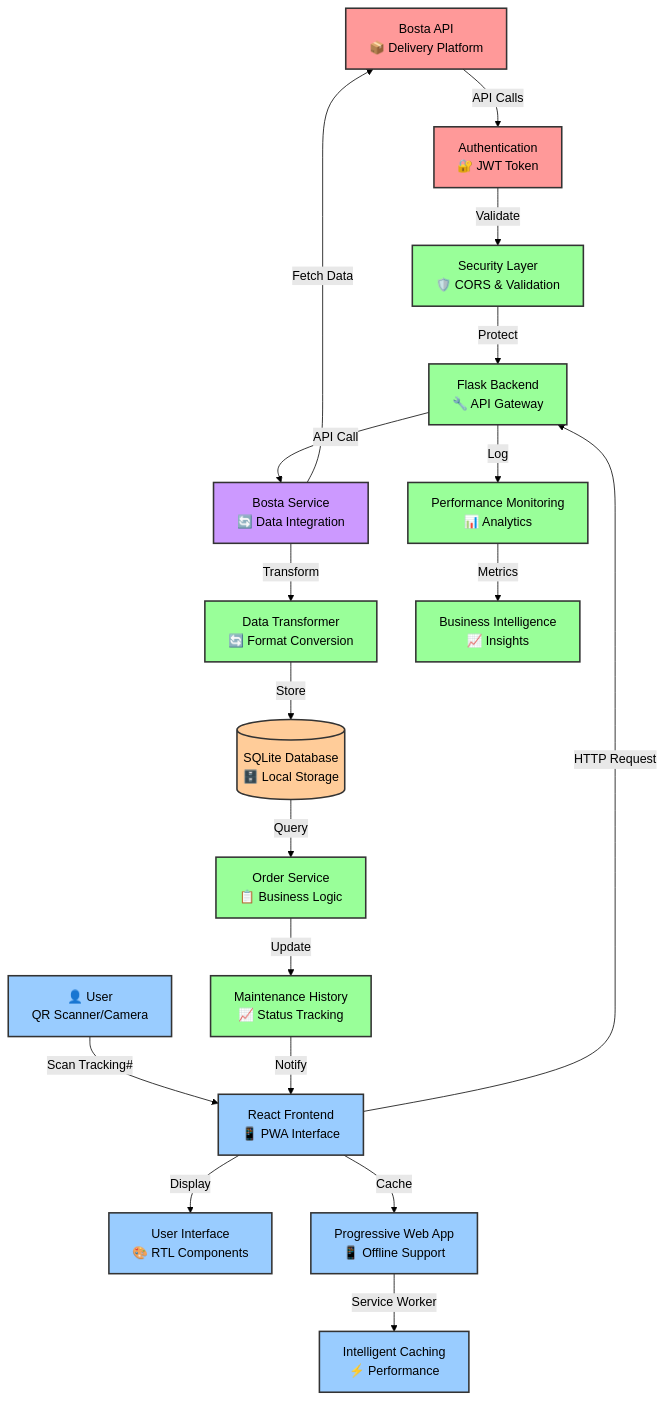
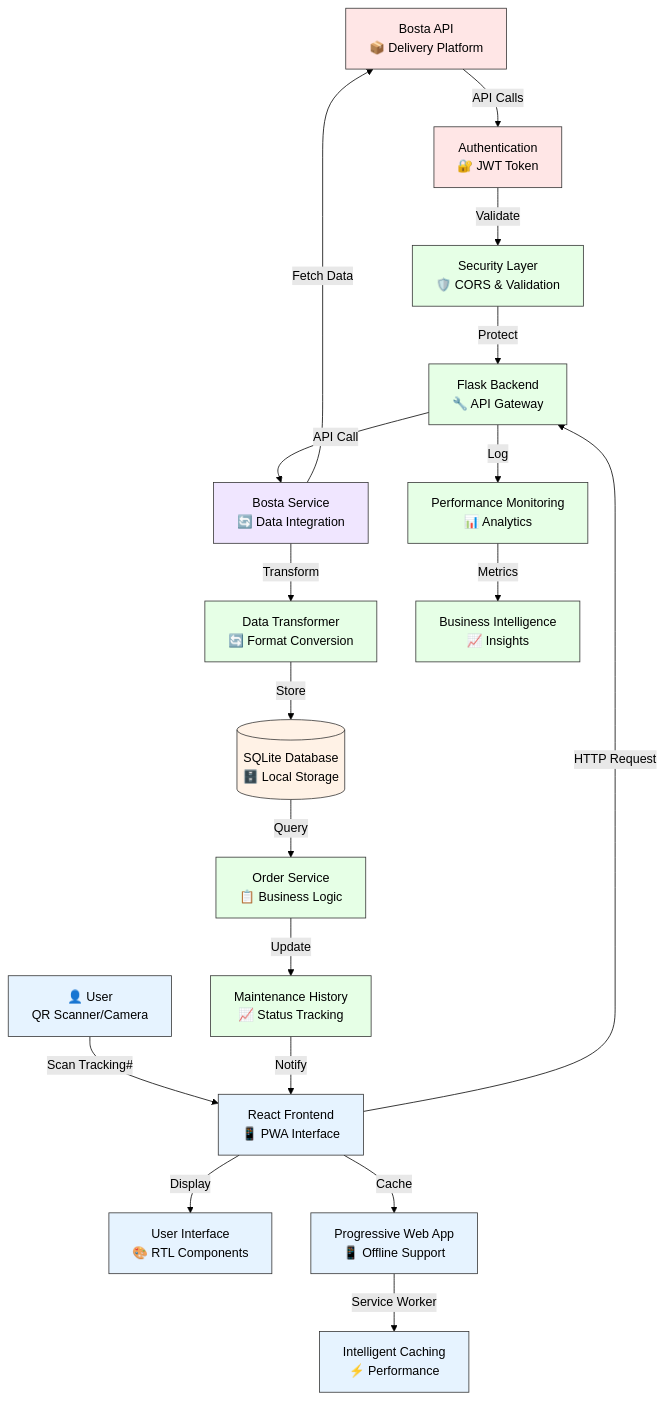
The first of 4 diagrams in README.md (kariemSeiam/Hvar-Hub), drawn with Mermaid (forest theme) before and after one commit. The commit also changed other lines of this file, not shown here.

First line of the commit message:
Fix Mermaid diagrams: Transparent backgrounds and syntax

````diff
--- a/README.md
+++ b/README.md
@@ -15,50 +15,50 @@
 ```mermaid
 graph TB
     %% External Systems
     BOSTA[Bosta API<br/>📦 Delivery Platform] --> |API Calls| AUTH[Authentication<br/>🔐 JWT Token]
     
     %% Frontend Layer
     USER[👤 User<br/>QR Scanner/Camera] --> |Scan Tracking#| FRONT[React Frontend<br/>📱 PWA Interface]
     FRONT --> |HTTP Request| BACK[Flask Backend<br/>🔧 API Gateway]
     
     %% Backend Processing
     BACK --> |API Call| BOSTA_SERVICE[Bosta Service<br/>🔄 Data Integration]
     BOSTA_SERVICE --> |Fetch Data| BOSTA
     
     %% Data Processing
     BOSTA_SERVICE --> |Transform| TRANSFORM[Data Transformer<br/>🔄 Format Conversion]
     TRANSFORM --> |Store| DB[(SQLite Database<br/>🗄️ Local Storage)]
     
     %% Order Management
     DB --> |Query| ORDER_SERVICE[Order Service<br/>📋 Business Logic]
     ORDER_SERVICE --> |Update| MAINTENANCE[Maintenance History<br/>📈 Status Tracking]
     
     %% Real-time Updates
     MAINTENANCE --> |Notify| FRONT
     FRONT --> |Display| UI[User Interface<br/>🎨 RTL Components]
     
     %% Performance & Caching
     FRONT --> |Cache| PWA[Progressive Web App<br/>📱 Offline Support]
     PWA --> |Service Worker| CACHE[Intelligent Caching<br/>⚡ Performance]
     
     %% Monitoring & Analytics
     BACK --> |Log| MONITOR[Performance Monitoring<br/>📊 Analytics]
     MONITOR --> |Metrics| ANALYTICS[Business Intelligence<br/>📈 Insights]
     
     %% Security Layer
     AUTH --> |Validate| SECURITY[Security Layer<br/>🛡️ CORS & Validation]
     SECURITY --> |Protect| BACK
     
-    %% Styling
-    classDef external fill:#ff9999,stroke:#333,stroke-width:2px
-    classDef frontend fill:#99ccff,stroke:#333,stroke-width:2px
-    classDef backend fill:#99ff99,stroke:#333,stroke-width:2px
-    classDef database fill:#ffcc99,stroke:#333,stroke-width:2px
-    classDef service fill:#cc99ff,stroke:#333,stroke-width:2px
+    %% Styling with transparent backgrounds
+    classDef external fill:#ffe6e6,stroke:#333,stroke-width:1px
+    classDef frontend fill:#e6f3ff,stroke:#333,stroke-width:1px
+    classDef backend fill:#e6ffe6,stroke:#333,stroke-width:1px
+    classDef database fill:#fff2e6,stroke:#333,stroke-width:1px
+    classDef service fill:#f0e6ff,stroke:#333,stroke-width:1px
     
     class BOSTA,AUTH external
     class USER,FRONT,UI,PWA,CACHE frontend
     class BACK,SECURITY,TRANSFORM,ORDER_SERVICE,MAINTENANCE,MONITOR,ANALYTICS backend
     class DB database
     class BOSTA_SERVICE service
 ```
````
